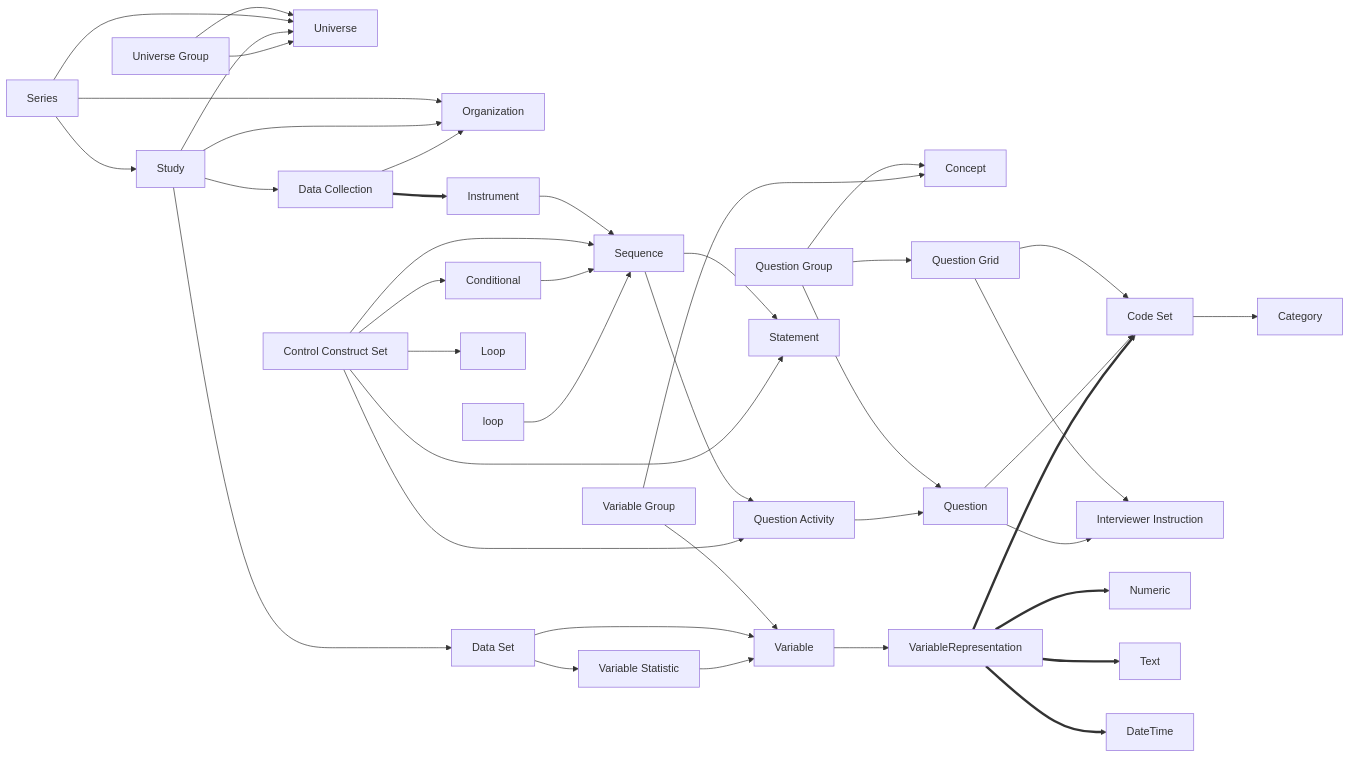
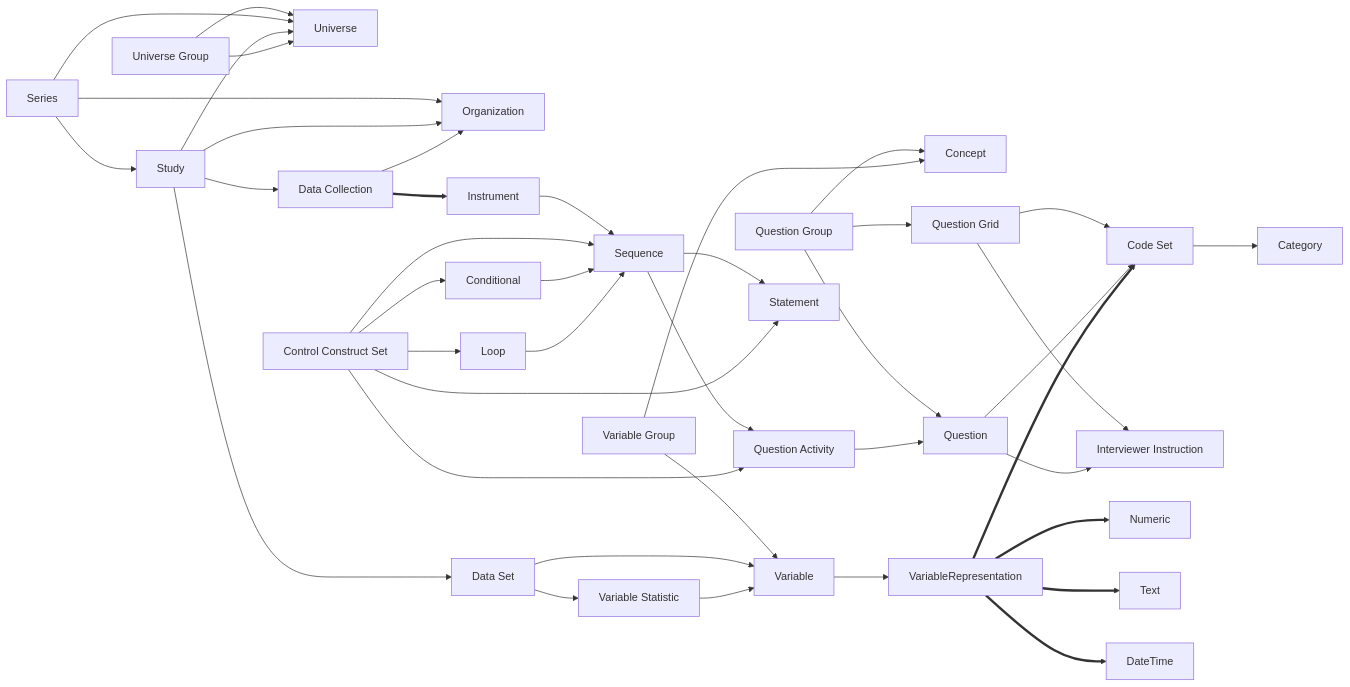
One commit to CLOSER-Cohorts/colectica-api changed the diagram in README.md. Above: the diagram before and after it, drawn with Mermaid.

````diff
--- a/README.md
+++ b/README.md
@@ -30,43 +30,43 @@
 ```mermaid
 graph LR
   QGr[Question Group] --> Concept
   QGr[Question Group] --> Question
   QGr[Question Group] --> QG[Question Grid]
   VG[Variable Group] --> Variable
   VG[Variable Group] --> Concept
   UnG[Universe Group] --> Universe
   Series --> Organization
   Series --> Universe
   Series --> Study
   Study --> Organization
   Study --> Universe
   Study --> DaC[Data Collection]
   Study --> DaS[Data Set]
   DaC[Data Collection] --> Organization
   DaC[Data Collection] ==> Instrument
   UnG[Universe Group] --> Universe
   Instrument --> Sequence
   Sequence --> Statement
   Sequence --> QA[Question Activity]
   QA[Question Activity] --> Question
   QG[Question Grid] --> CoS[Code Set]
   QG[Question Grid] --> II[Interviewer Instruction]
   Question --> CoS[Code Set]
   Question --> II[Interviewer Instruction]
   CoS --> Category
   CCS[Control Construct Set] --> Sequence
   Conditional --> Sequence
   CCS[Control Construct Set] --> Conditional
   CCS[Control Construct Set] --> Statement
   CCS[Control Construct Set] --> Loop
   CCS[Control Construct Set] --> QA[Question Activity]
   DaS[Data Set] --> VaS[Variable Statistic]
   DaS[Data Set] --> Variable
   VaS[Variable Statistic] --> Variable
   Variable --> VariableRepresentation
   VariableRepresentation ==> CoS[Code Set]
   VariableRepresentation ==> Numeric
   VariableRepresentation ==> Text
   VariableRepresentation ==> DateTime
-  loop --> Sequence
+  Loop --> Sequence
 ```
````
